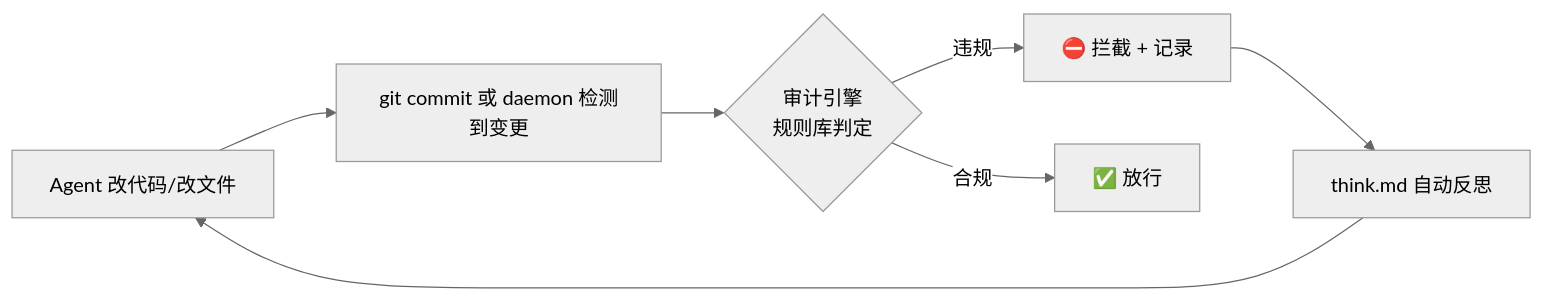
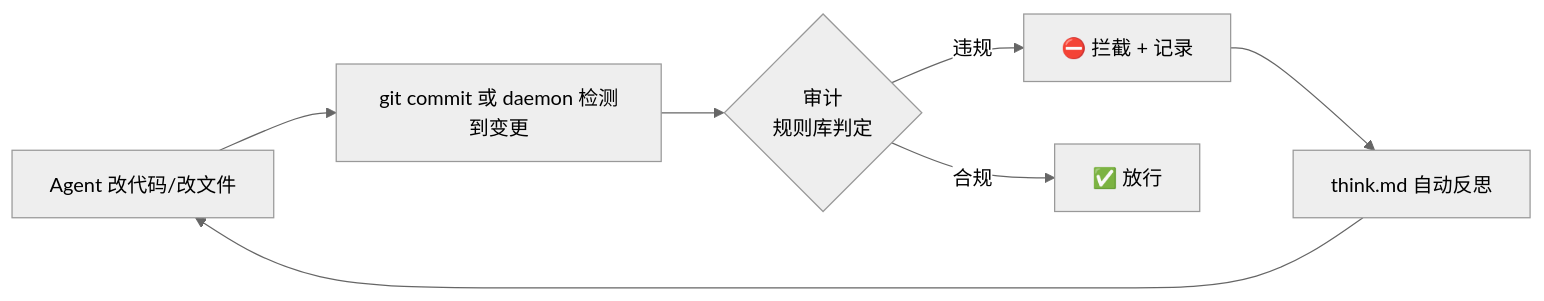
One commit to KongFangXun/sofagent changed the fifth of 8 diagrams in docs/ARCHITECTURE.md. Above: the diagram before and after it, drawn with Mermaid (neutral theme). The commit also changed other lines of this file and 345 other files, not shown here.

````diff
--- a/docs/ARCHITECTURE.md
+++ b/docs/ARCHITECTURE.md
@@ -305,9 +305,9 @@
 ```mermaid
 graph LR
     A[Agent 改代码/改文件] --> B[git commit 或 daemon 检测到变更]
-    B --> C{审计引擎<br/>规则库判定}
+    B --> C{审计<br/>规则库判定}
     C -->|违规| D[⛔ 拦截 + 记录]
     C -->|合规| E[✅ 放行]
     D --> F[think.md 自动反思]
     F --> A
 ```
````
